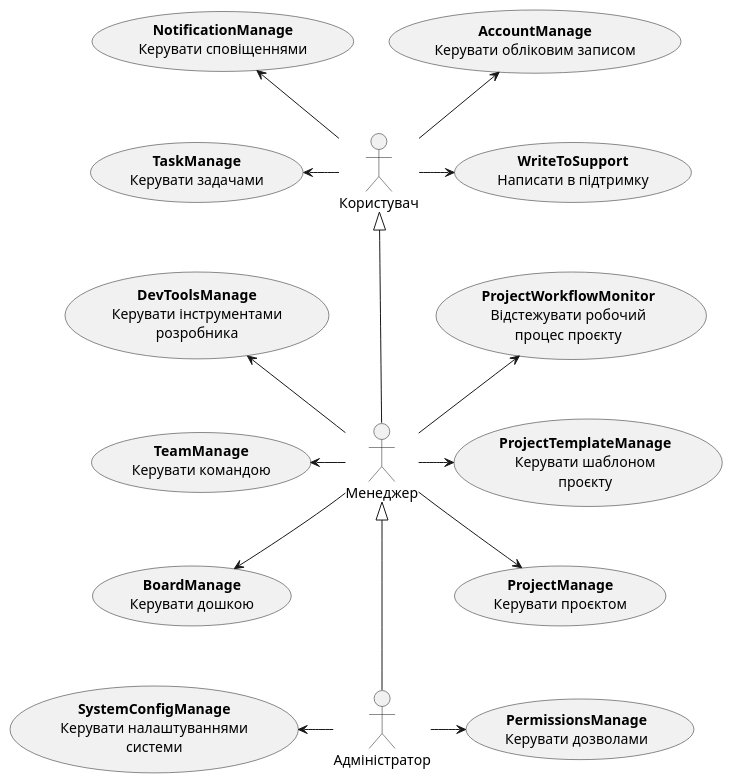
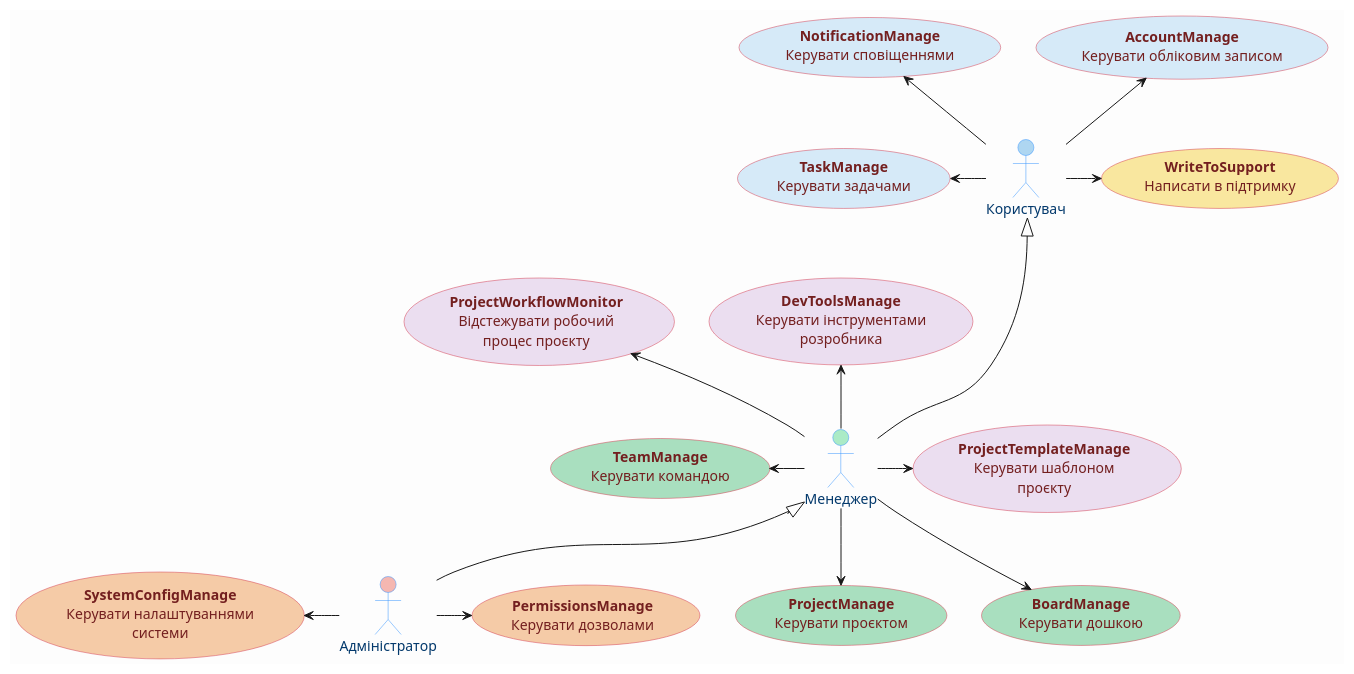
The first of 29 diagrams in docs/use cases/README.md (young-creator-ftf/edu_db_labs), drawn with PlantUML before and after one commit. The commit also changed other lines of this file, not shown here.

```diff
--- a/docs/use cases/README.md
+++ b/docs/use cases/README.md
@@ -12,41 +12,59 @@
 @startuml
-  actor "Користувач" as User
-  actor "Менеджер" as Manager
-  actor "Адміністратор" as Admin
-  
-  Manager --u-|> User
-  Admin -u-|> Manager
-  
-  usecase "<b>AccountManage</b>\nКерувати обліковим записом" as AccountManage
-  usecase "<b>NotificationManage</b>\nКерувати сповіщеннями" as NotificationManage
-  usecase "<b>TaskManage</b>\nКерувати задачами" as TaskManage
-  usecase "<b>WriteToSupport</b>\nНаписати в підтримку" as WriteToSupport
-  usecase "<b>ProjectManage</b>\nКерувати проєктом" as ProjectManage
-  usecase "<b>TeamManage</b>\nКерувати командою" as TeamManage
-  usecase "<b>BoardManage</b>\nКерувати дошкою" as BoardManage
-  usecase "<b>ProjectTemplateManage</b>\nКерувати шаблоном\nпроєкту" as ProjectTemplateManage
-  usecase "<b>ProjectWorkflowMonitor</b>\nВідстежувати робочий\nпроцес проєкту" as ProjectWorkflowMonitor
-  usecase "<b>DevToolsManage</b>\nКерувати інструментами\nрозробника" as DevToolsManage
-  usecase "<b>PermissionsManage</b>\nКерувати дозволами" as PermissionsManage
-  usecase "<b>SystemConfigManage</b>\nКерувати налаштуваннями\nсистеми" as SystemConfigManage
-  
-  User -u-> AccountManage
-  User -u-> NotificationManage
-  User -l-> TaskManage
-  User -r-> WriteToSupport
-  
-  Manager -r-> ProjectTemplateManage
-  Manager -l-> TeamManage
-  Manager -u-> DevToolsManage
-  Manager -u-> ProjectWorkflowMonitor
-  TaskManage -[hidden]-> DevToolsManage
-  WriteToSupport -[hidden]-> ProjectWorkflowMonitor
-  
-  Manager -d-> ProjectManage
-  Manager -d-> BoardManage
-  BoardManage -[hidden]-> SystemConfigManage
-  ProjectManage <-[hidden]- PermissionsManage
-  Admin -r-> PermissionsManage
-  Admin -l-> SystemConfigManage
-  
+' === Загальні налаштування ===
+skinparam backgroundColor #FDFDFD
+skinparam shadowing false
+skinparam RoundCorner 15
+skinparam actor {
+  BackgroundColor #D0E6FA
+  BorderColor #3794FF
+  FontColor #03396C
+}
+skinparam usecase {
+  BackgroundColor #F8E0E6
+  BorderColor #D53E53
+  FontColor #731F1F
+}
+
+' === Актори з індивідуальним кольором ===
+actor "Користувач" as User #AED6F1
+actor "Менеджер" as Manager #ABEBC6
+actor "Адміністратор" as Admin #F5B7B1
+
+Manager --u-|> User
+Admin -u-|> Manager
+
+' === Use-case-и з кольором ===
+usecase "<b>AccountManage</b>\nКерувати обліковим записом" as AccountManage #D6EAF8
+usecase "<b>NotificationManage</b>\nКерувати сповіщеннями" as NotificationManage #D6EAF8
+usecase "<b>TaskManage</b>\nКерувати задачами" as TaskManage #D6EAF8
+usecase "<b>WriteToSupport</b>\nНаписати в підтримку" as WriteToSupport #F9E79F
+
+usecase "<b>ProjectManage</b>\nКерувати проєктом" as ProjectManage #A9DFBF
+usecase "<b>TeamManage</b>\nКерувати командою" as TeamManage #A9DFBF
+usecase "<b>BoardManage</b>\nКерувати дошкою" as BoardManage #A9DFBF
+
+usecase "<b>ProjectTemplateManage</b>\nКерувати шаблоном\nпроєкту" as ProjectTemplateManage #EBDEF0
+usecase "<b>ProjectWorkflowMonitor</b>\nВідстежувати робочий\nпроцес проєкту" as ProjectWorkflowMonitor #EBDEF0
+usecase "<b>DevToolsManage</b>\nКерувати інструментами\nрозробника" as DevToolsManage #EBDEF0
+
+usecase "<b>PermissionsManage</b>\nКерувати дозволами" as PermissionsManage #F5CBA7
+usecase "<b>SystemConfigManage</b>\nКерувати налаштуваннями\nсистеми" as SystemConfigManage #F5CBA7
+
+' === Стрілки використання ===
+User -u-> AccountManage
+User -u-> NotificationManage
+User -l-> TaskManage
+User -r-> WriteToSupport
+
+Manager -r-> ProjectTemplateManage
+Manager -l-> TeamManage
+Manager -u-> DevToolsManage
+Manager -u-> ProjectWorkflowMonitor
+
+Manager -d-> ProjectManage
+Manager -d-> BoardManage
+
+Admin -r-> PermissionsManage
+Admin -l-> SystemConfigManage
+
 @enduml
```
